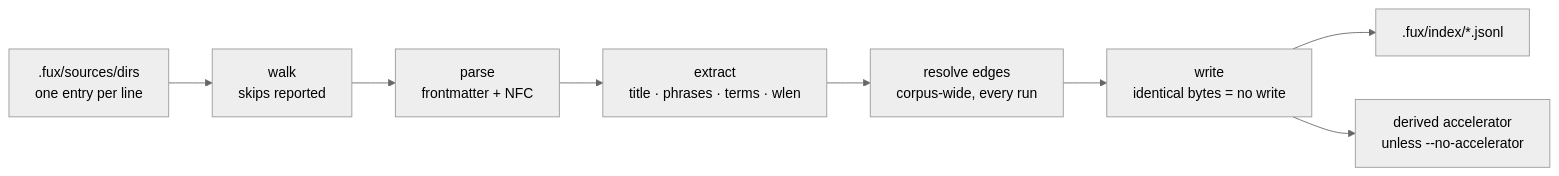
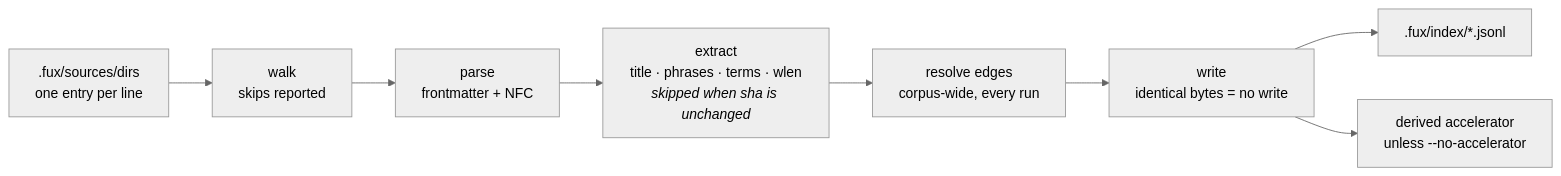
Before and after one commit to arpitarya/fux: the diagram in docs/adr/0007_ingest.md, drawn with Mermaid (neutral theme). The commit also changed other lines of this file and 13 other files, not shown here.

````diff
--- a/docs/adr/0007_ingest.md
+++ b/docs/adr/0007_ingest.md
@@ -45,10 +56,10 @@
 ```mermaid
 flowchart LR
     S[".fux/sources/dirs<br/>one entry per line"] --> W["walk<br/>skips reported"]
     W --> P["parse<br/>frontmatter + NFC"]
-    P --> X["extract<br/>title · phrases · terms · wlen"]
+    P --> X["extract<br/>title · phrases · terms · wlen<br/><i>skipped when sha is unchanged</i>"]
     X --> E["resolve edges<br/>corpus-wide, every run"]
     E --> WR["write<br/>identical bytes = no write"]
     WR --> I[".fux/index/*.jsonl"]
     WR --> D["derived accelerator<br/>unless --no-accelerator"]
 ```
````
